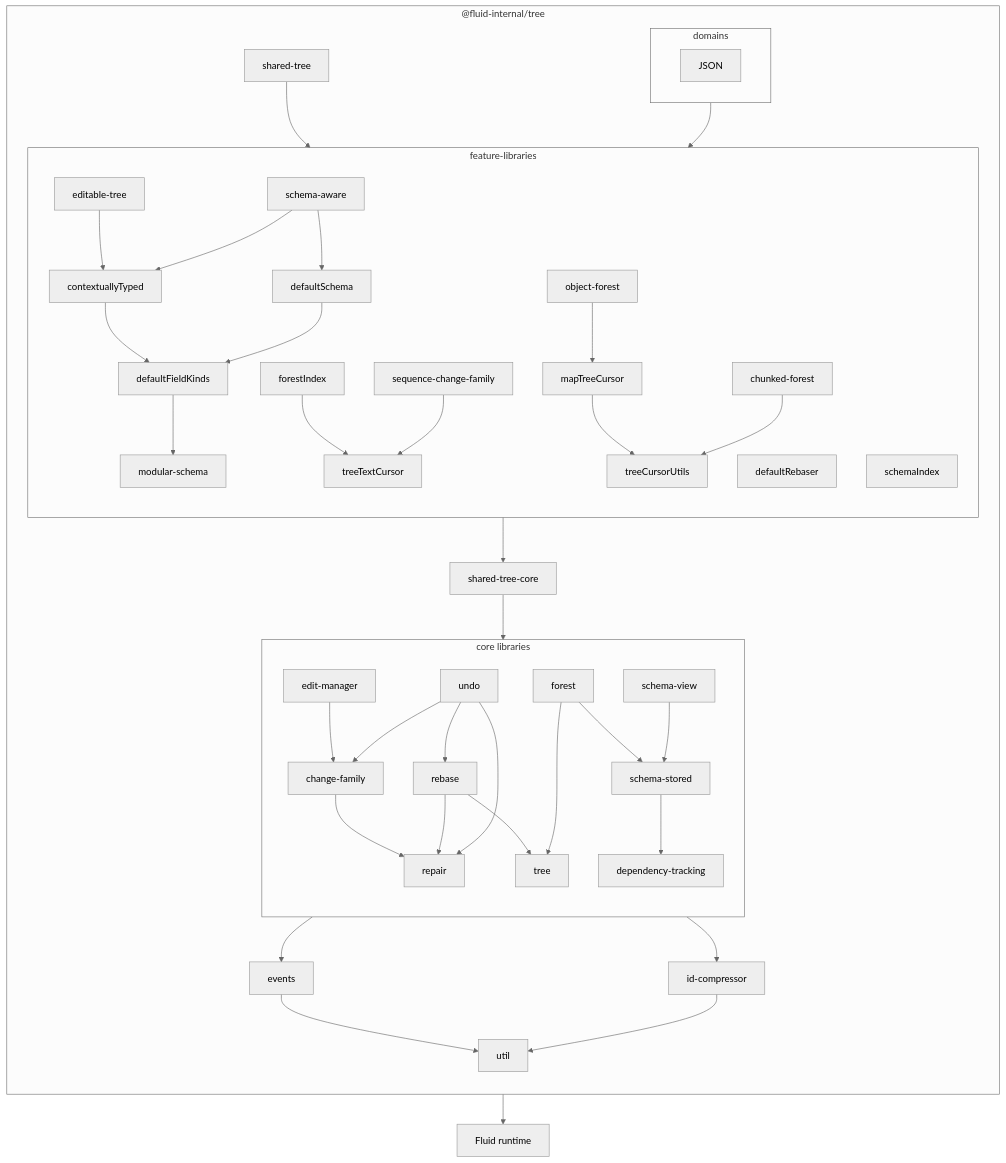
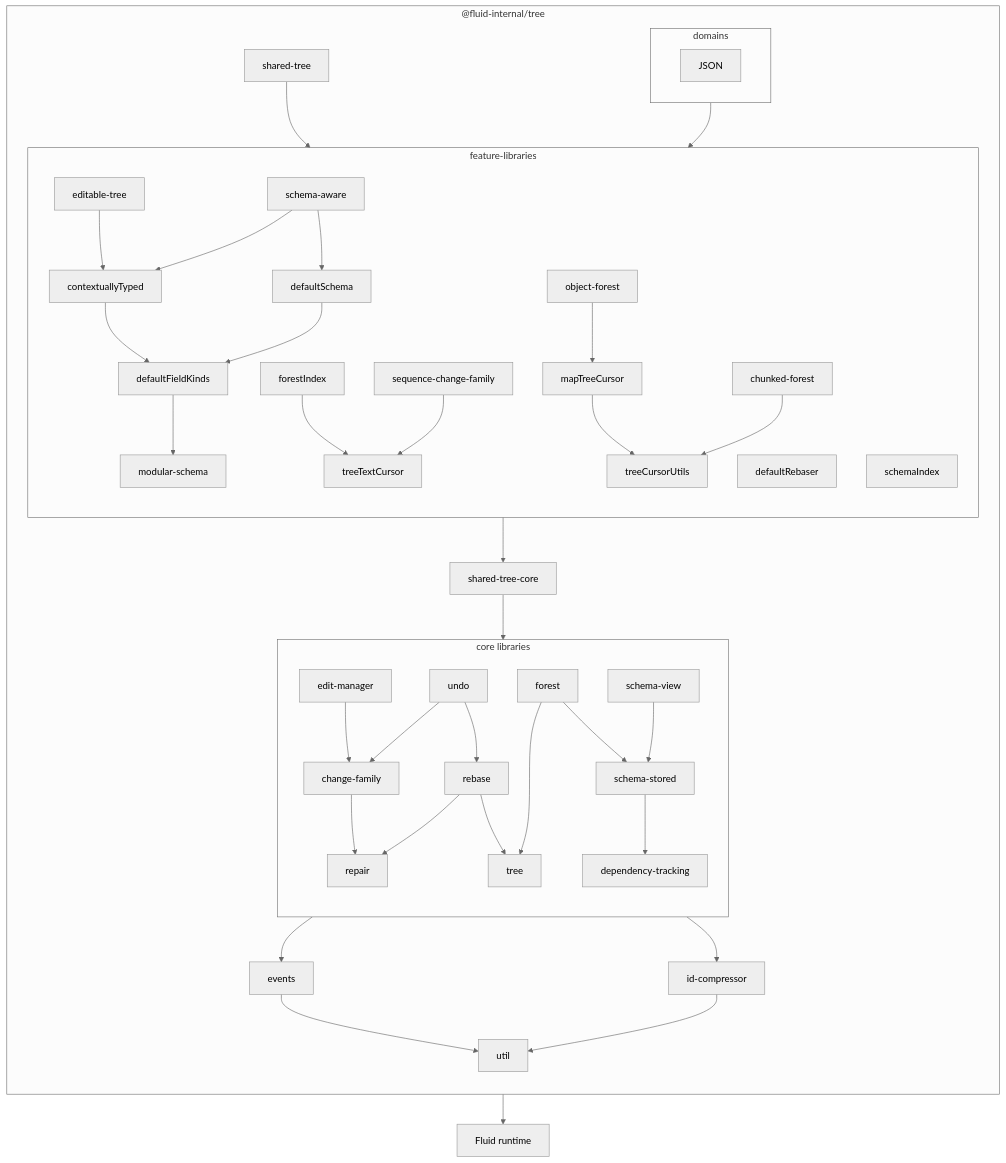
One commit to microsoft/FluidFramework changed the sixth of 6 diagrams in packages/dds/tree/README.md. Above: the diagram before and after it, drawn with Mermaid (neutral theme).

Commit message:
Update dependency graph

````diff
--- a/packages/dds/tree/README.md
+++ b/packages/dds/tree/README.md
@@ -298,47 +298,46 @@
 ```mermaid
 flowchart
     direction TB
     subgraph package ["@fluid-internal/tree"]
         direction TB
         subgraph core ["core libraries"]
             direction TB
             forest-->schema-stored
             change-family-->repair
             edit-manager-->change-family
             rebase-->repair
             rebase-->tree
             schema-stored-->dependency-tracking
             schema-view-->schema-stored
             dependency-tracking
             forest-->tree
             undo-->change-family
             undo-->rebase
-            undo-->repair
         end
         core-->events-->util
         core-->id-compressor-->util
         feature-->shared-tree-core
         shared-tree-core-->core
         shared-tree-->feature
         subgraph feature ["feature-libraries"]
             direction TB
             editable-tree-->contextuallyTyped
             defaultRebaser
             contextuallyTyped-->defaultFieldKinds
             defaultSchema-->defaultFieldKinds-->modular-schema
             forestIndex-->treeTextCursor
             schema-aware-->defaultSchema
             schema-aware-->contextuallyTyped
             modular-schema
             object-forest-->mapTreeCursor-->treeCursorUtils
             chunked-forest-->treeCursorUtils
             schemaIndex
             sequence-change-family-->treeTextCursor
         end
         subgraph domains
             JSON
         end
         domains-->feature
     end
     package-->runtime["Fluid runtime"]
 ```
````
